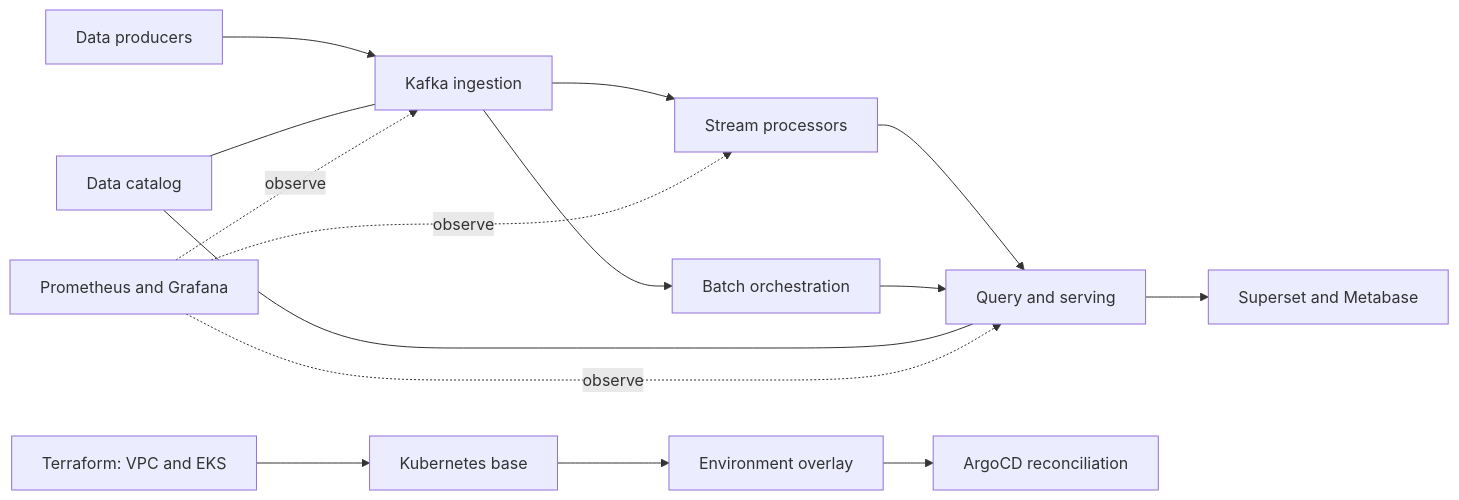
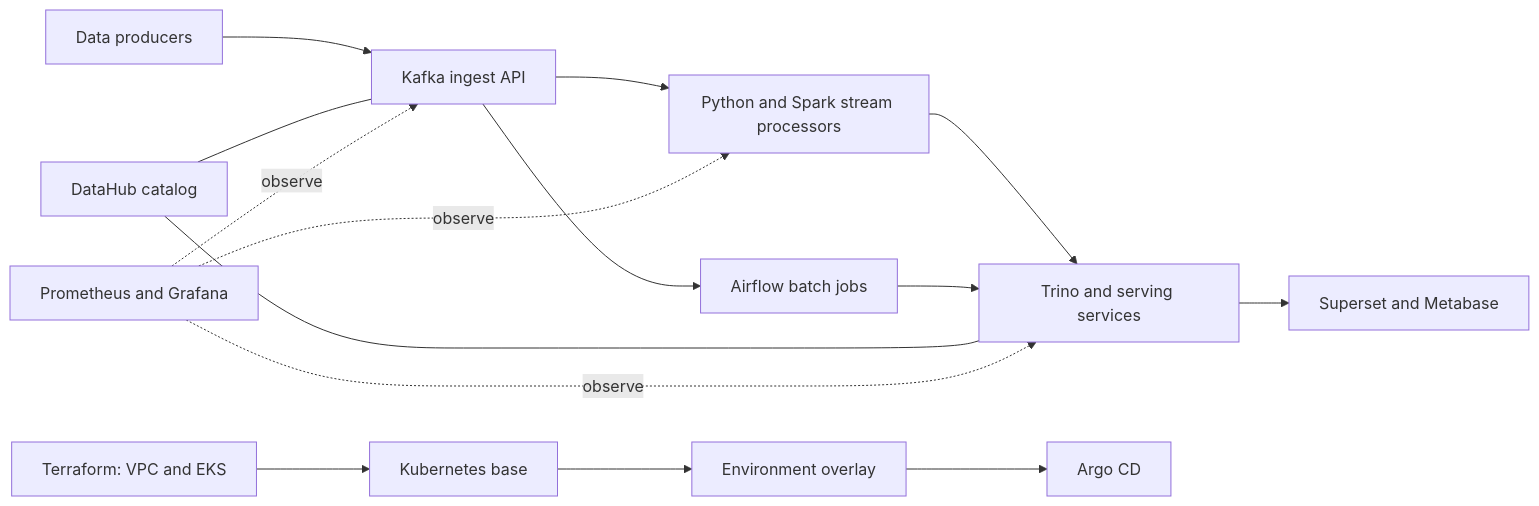
One commit to T-Py-T/bigdata-aiops-aws changed the diagram in README.md. Above: the diagram before and after it, drawn with Mermaid. The commit also changed other lines of this file and 1 other file, not shown here.

````diff
--- a/README.md
+++ b/README.md
@@ -31,18 +14,18 @@
 ```mermaid
 flowchart LR
-    A[Data producers] --> B[Kafka ingestion]
-    B --> C[Stream processors]
-    B --> D[Batch orchestration]
-    C --> E[Query and serving]
+    A[Data producers] --> B[Kafka ingest API]
+    B --> C[Python and Spark stream processors]
+    B --> D[Airflow batch jobs]
+    C --> E[Trino and serving services]
     D --> E
     E --> F[Superset and Metabase]
-    G[Data catalog] --- B
+    G[DataHub catalog] --- B
     G --- E
     H[Prometheus and Grafana] -. observe .-> B
     H -. observe .-> C
     H -. observe .-> E
 
     I[Terraform: VPC and EKS] --> J[Kubernetes base]
     J --> K[Environment overlay]
-    K --> L[ArgoCD reconciliation]
+    K --> L[Argo CD]
 ```
````
